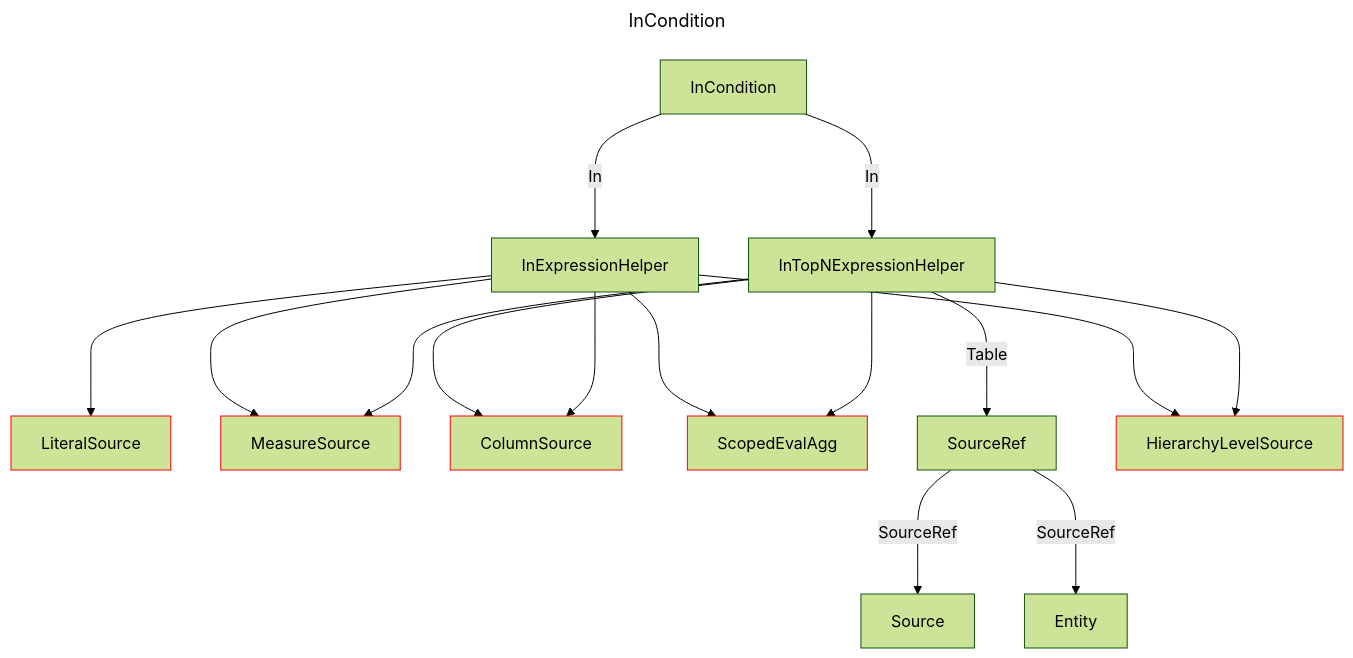
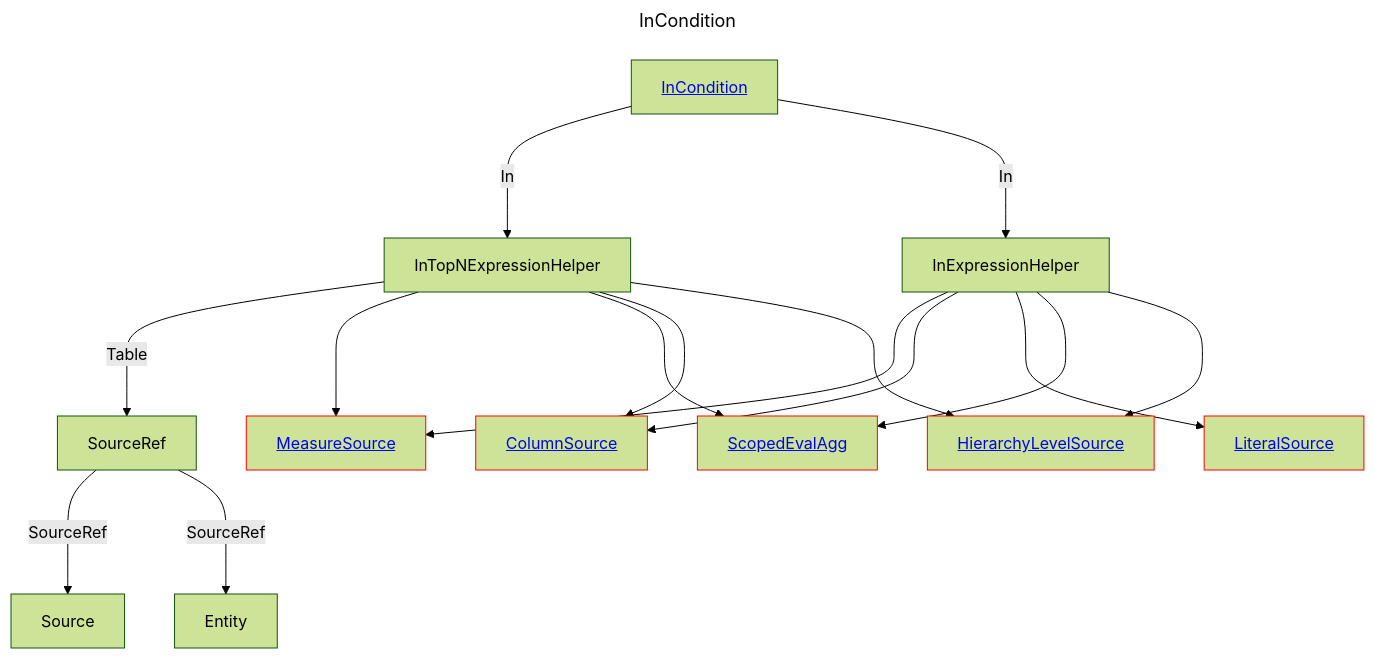
Before and after one commit to douglassimonsen/pbi_core: the diagram in docs/docs/layout/erd/InCondition.md, drawn with Mermaid (forest theme). The commit also changed 76 other files, not shown here.

````diff
--- a/docs/docs/layout/erd/InCondition.md
+++ b/docs/docs/layout/erd/InCondition.md
@@ -1,36 +1,36 @@
 ```mermaid
 ---
 title: InCondition
 ---
 graph 
-2430071816784["LiteralSource"]
-style 2430071816784 stroke:#ff0000,stroke-width:1px
-2430071861680["InTopNExpressionHelper"]
-2430071353136["Entity"]
-2430071359968["MeasureSource"]
-style 2430071359968 stroke:#ff0000,stroke-width:1px
-2430071365824["ColumnSource"]
-style 2430071365824 stroke:#ff0000,stroke-width:1px
-2430071835328["InExpressionHelper"]
-2430071371680["ScopedEvalAgg"]
-style 2430071371680 stroke:#ff0000,stroke-width:1px
-2430071355088["SourceRef"]
-2430071344352["Source"]
-2430071363872["HierarchyLevelSource"]
-style 2430071363872 stroke:#ff0000,stroke-width:1px
-2430071854848["InCondition"]
-2430071835328 ---> 2430071365824
-2430071861680 ---> 2430071365824
-2430071854848 --->|In| 2430071861680
-2430071854848 --->|In| 2430071835328
-2430071861680 ---> 2430071359968
-2430071835328 ---> 2430071359968
-2430071861680 ---> 2430071371680
-2430071835328 ---> 2430071371680
-2430071355088 --->|SourceRef| 2430071344352
-2430071835328 ---> 2430071816784
-2430071861680 --->|Table| 2430071355088
-2430071861680 ---> 2430071363872
-2430071355088 --->|SourceRef| 2430071353136
-2430071835328 ---> 2430071363872
+ColumnSource[<a href='/layout/erd/ColumnSource'>ColumnSource</a>]
+style ColumnSource stroke:#ff0000,stroke-width:1px
+Entity[Entity]
+HierarchyLevelSource[<a href='/layout/erd/HierarchyLevelSource'>HierarchyLevelSource</a>]
+style HierarchyLevelSource stroke:#ff0000,stroke-width:1px
+InCondition[<a href='/layout/erd/InCondition'>InCondition</a>]
+InExpressionHelper[InExpressionHelper]
+InTopNExpressionHelper[InTopNExpressionHelper]
+LiteralSource[<a href='/layout/erd/LiteralSource'>LiteralSource</a>]
+style LiteralSource stroke:#ff0000,stroke-width:1px
+MeasureSource[<a href='/layout/erd/MeasureSource'>MeasureSource</a>]
+style MeasureSource stroke:#ff0000,stroke-width:1px
+ScopedEvalAgg[<a href='/layout/erd/ScopedEvalAgg'>ScopedEvalAgg</a>]
+style ScopedEvalAgg stroke:#ff0000,stroke-width:1px
+Source[Source]
+SourceRef[SourceRef]
+InTopNExpressionHelper --->|Table| SourceRef
+InTopNExpressionHelper ---> MeasureSource
+InExpressionHelper ---> MeasureSource
+InTopNExpressionHelper ---> ScopedEvalAgg
+InExpressionHelper ---> ColumnSource
+SourceRef --->|SourceRef| Source
+InCondition --->|In| InTopNExpressionHelper
+InCondition --->|In| InExpressionHelper
+InExpressionHelper ---> LiteralSource
+InExpressionHelper ---> ScopedEvalAgg
+InExpressionHelper ---> HierarchyLevelSource
+SourceRef --->|SourceRef| Entity
+InTopNExpressionHelper ---> ColumnSource
+InTopNExpressionHelper ---> HierarchyLevelSource
 ```
````
